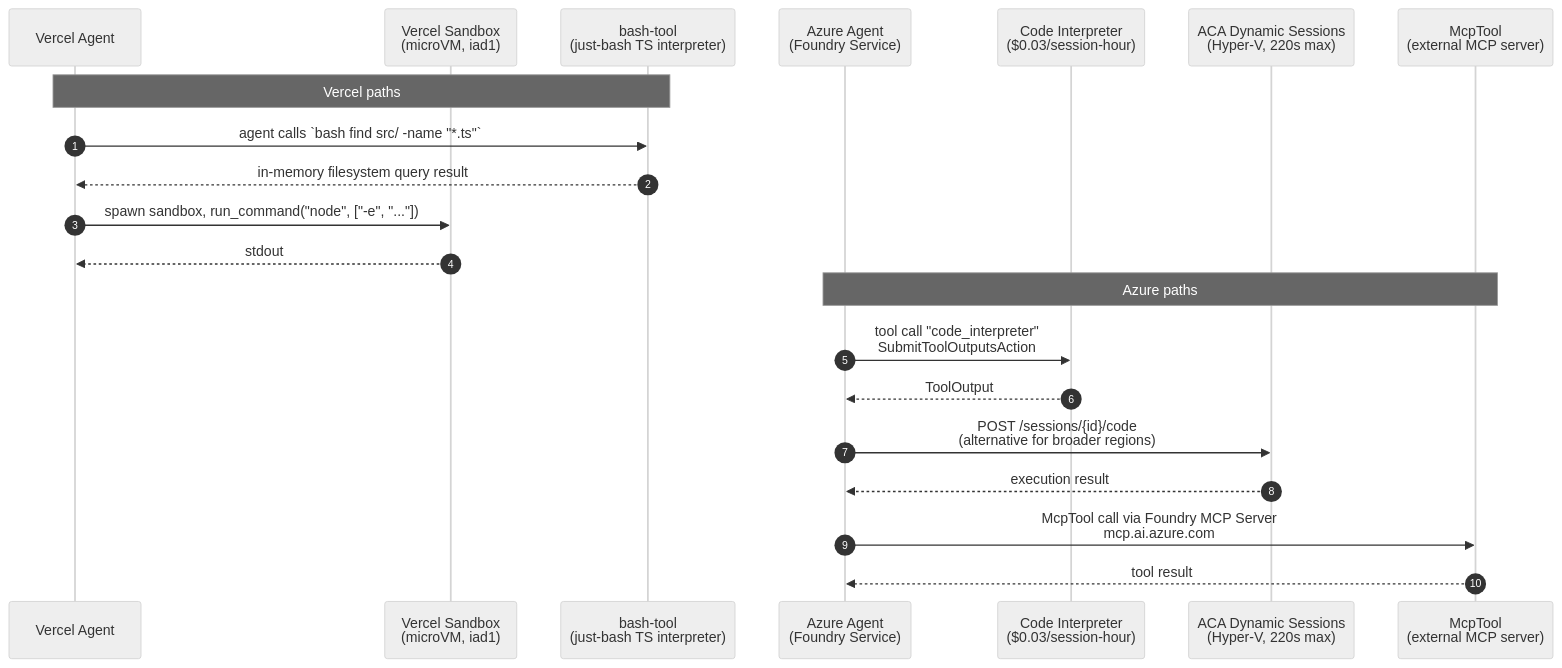
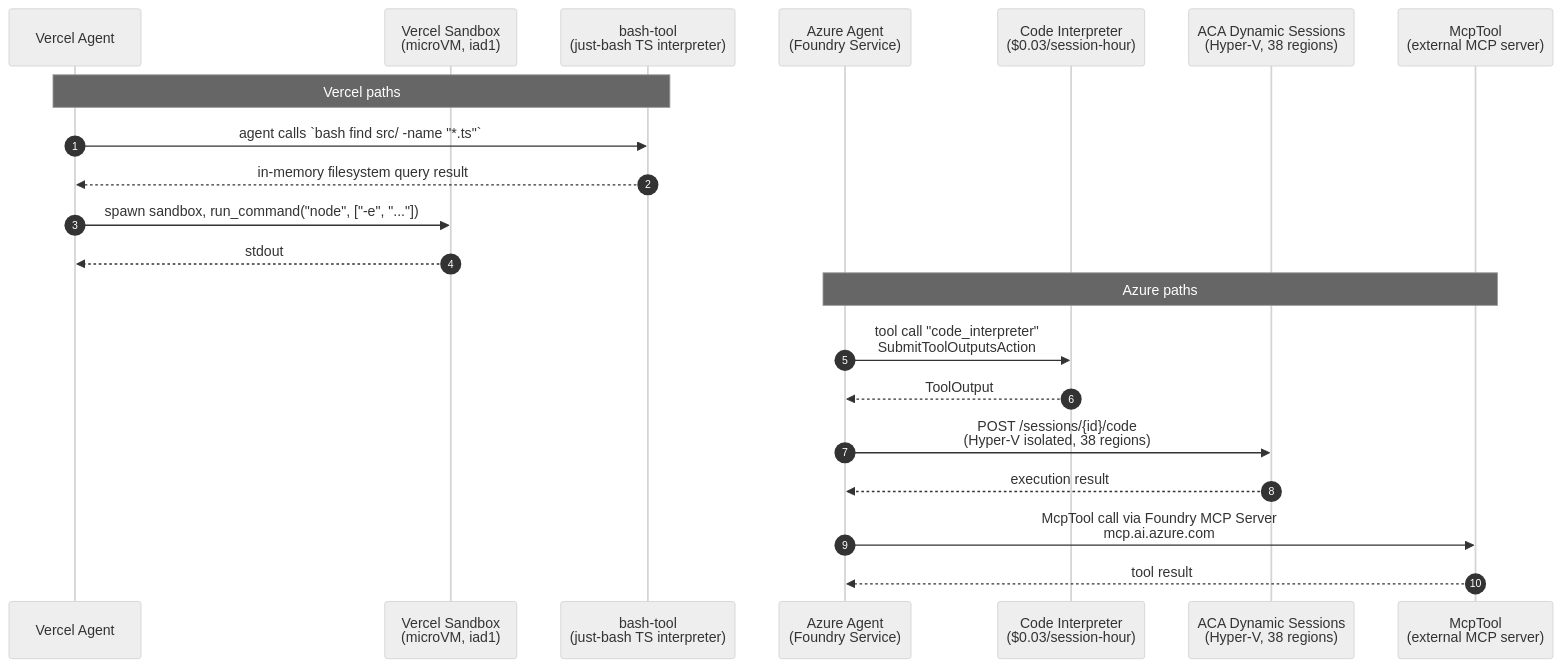
One commit to HiMarioLopez/adlc-evals changed the sixth of 6 diagrams in generated-reports/vercel-azure/2026/04/2026-04-21-Agent-Comparison-Report-Claude-Opus-4.7.md. Above: the diagram before and after it, drawn with Mermaid (neutral theme). The commit also changed other lines of this file and 1 other file, not shown here.

````diff
--- a/generated-reports/vercel-azure/2026/04/2026-04-21-Agent-Comparison-Report-Claude-Opus-4.7.md
+++ b/generated-reports/vercel-azure/2026/04/2026-04-21-Agent-Comparison-Report-Claude-Opus-4.7.md
@@ -942,25 +1388,25 @@
 ```mermaid
 sequenceDiagram
     autonumber
     participant V as Vercel Agent
     participant VS as Vercel Sandbox<br/>(microVM, iad1)
     participant BT as bash-tool<br/>(just-bash TS interpreter)
     participant A as Azure Agent<br/>(Foundry Service)
     participant CI as Code Interpreter<br/>($0.03/session-hour)
-    participant ACA as ACA Dynamic Sessions<br/>(Hyper-V, 220s max)
+    participant ACA as ACA Dynamic Sessions<br/>(Hyper-V, 38 regions)
     participant MCP as McpTool<br/>(external MCP server)
 
     Note over V,BT: Vercel paths
     V->>BT: agent calls `bash find src/ -name "*.ts"`
     BT-->>V: in-memory filesystem query result
     V->>VS: spawn sandbox, run_command("node", ["-e", "..."])
     VS-->>V: stdout
 
     Note over A,MCP: Azure paths
     A->>CI: tool call "code_interpreter"<br/>SubmitToolOutputsAction
     CI-->>A: ToolOutput
-    A->>ACA: POST /sessions/{id}/code<br/>(alternative for broader regions)
+    A->>ACA: POST /sessions/{id}/code<br/>(Hyper-V isolated, 38 regions)
     ACA-->>A: execution result
     A->>MCP: McpTool call via Foundry MCP Server<br/>mcp.ai.azure.com
     MCP-->>A: tool result
 ```
````
